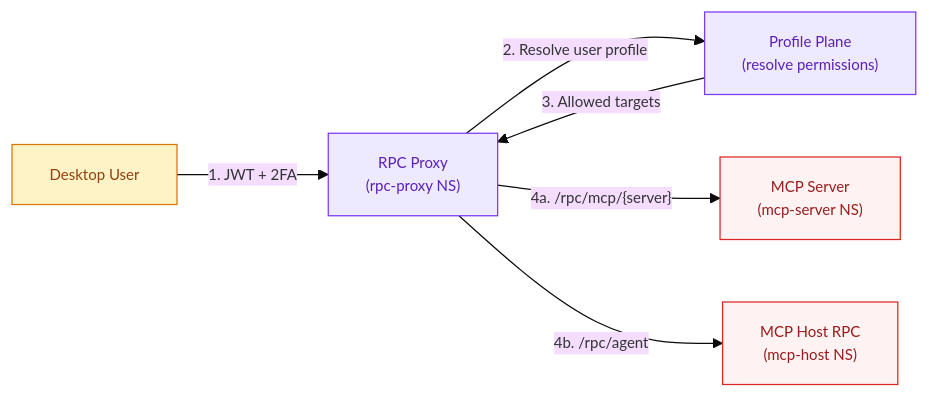
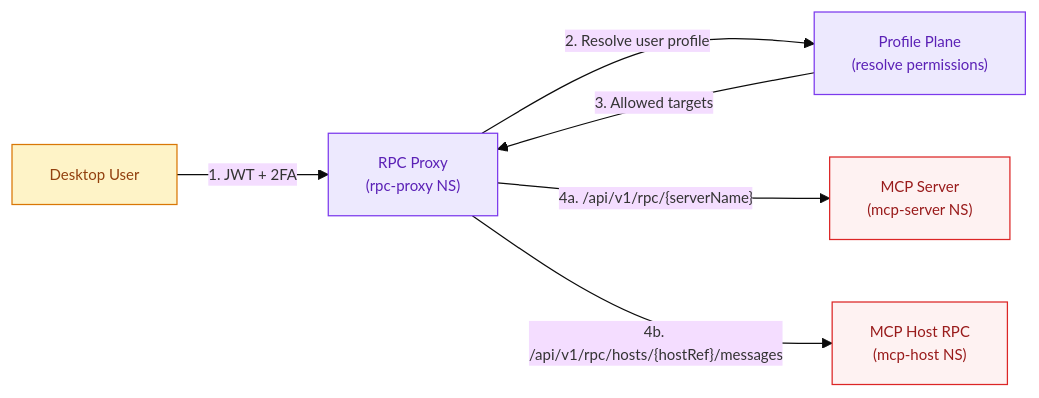
One commit to evenfire-ai/evenfire changed the eighth of 11 diagrams in docs/architecture/platform-topology.md. Above: the diagram before and after it, drawn with Mermaid. The commit also changed other lines of this file and 20 other files, not shown here.

````diff
--- a/docs/architecture/platform-topology.md
+++ b/docs/architecture/platform-topology.md
@@ -595,22 +630,22 @@
 ```mermaid
 %%{init: {'theme':'base', 'themeVariables': {'fontSize':'12px'}}}%%
 flowchart LR
     U["Desktop User"]
     RP["RPC Proxy<br/>(rpc-proxy NS)"]
     PP["Profile Plane<br/>(resolve permissions)"]
     MS["MCP Server<br/>(mcp-server NS)"]
     MH["MCP Host RPC<br/>(mcp-host NS)"]
 
     U -->|"1. JWT + 2FA"| RP
     RP -->|"2. Resolve user profile"| PP
     PP -->|"3. Allowed targets"| RP
-    RP -->|"4a. /rpc/mcp/{server}"| MS
-    RP -->|"4b. /rpc/agent"| MH
+    RP -->|"4a. /api/v1/rpc/{serverName}"| MS
+    RP -->|"4b. /api/v1/rpc/hosts/{hostRef}/messages"| MH
 
     classDef deny fill:#FEF2F2,stroke:#DC2626,color:#991B1B
     classDef ctrl fill:#EDE9FE,stroke:#7C3AED,color:#5B21B6
     classDef ext fill:#FEF3C7,stroke:#D97706,color:#92400E
     class MS,MH deny
     class RP,PP ctrl
     class U ext
 ```
````
